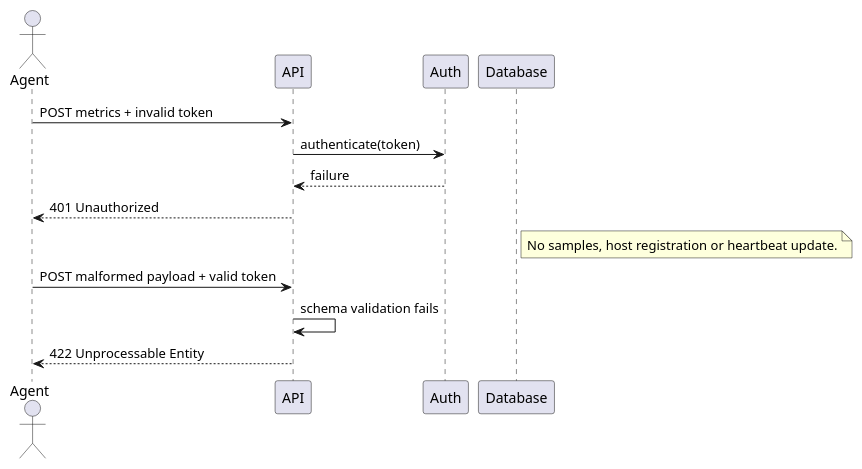
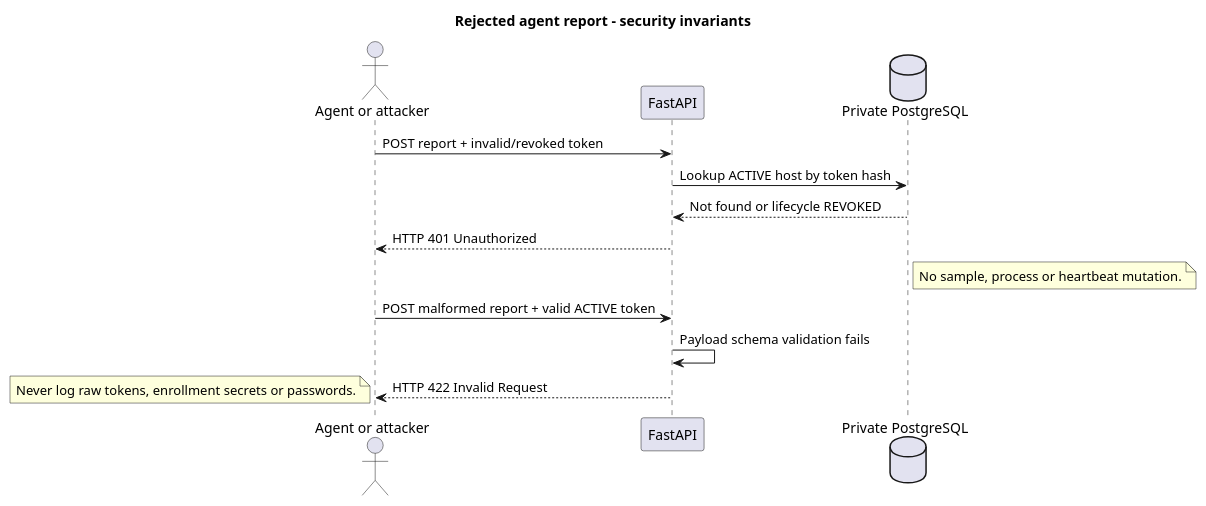
One commit to Adam-BArbia/fleetluma changed the diagram in docs/uml/plantuml/21_seq_rejected_report.puml. Above: the diagram before and after it, drawn with PlantUML.

Commit message:
docs(FL-31): align 21_seq_rejected_report.puml with pairing v0.1

```diff
--- a/docs/uml/plantuml/21_seq_rejected_report.puml
+++ b/docs/uml/plantuml/21_seq_rejected_report.puml
@@ -1,14 +1,15 @@
 @startuml 21_seq_rejected_report
-actor Agent
-participant API
-participant Auth
-participant Database as DB
-Agent -> API : POST metrics + invalid token
-API -> Auth : authenticate(token)
-Auth --> API : failure
-API --> Agent : 401 Unauthorized
-note right of DB: No samples, host registration or heartbeat update.
-Agent -> API : POST malformed payload + valid token
-API -> API : schema validation fails
-API --> Agent : 422 Unprocessable Entity
+title Rejected agent report - security invariants
+actor "Agent or attacker" as Agent
+participant "FastAPI" as API
+database "Private PostgreSQL" as DB
+Agent -> API : POST report + invalid/revoked token
+API -> DB : Lookup ACTIVE host by token hash
+DB --> API : Not found or lifecycle REVOKED
+API --> Agent : HTTP 401 Unauthorized
+note right of DB : No sample, process or heartbeat mutation.
+Agent -> API : POST malformed report + valid ACTIVE token
+API -> API : Payload schema validation fails
+API --> Agent : HTTP 422 Invalid Request
+note bottom : Never log raw tokens, enrollment secrets or passwords.
 @enduml
```
